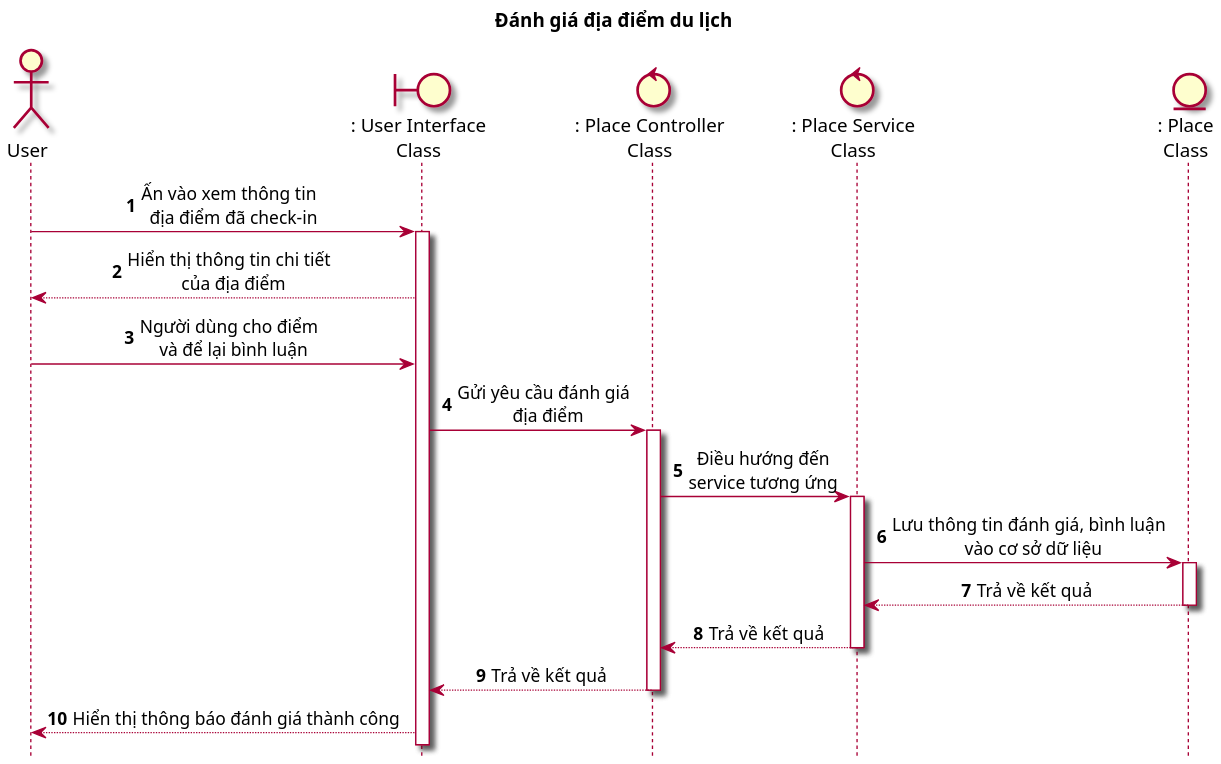
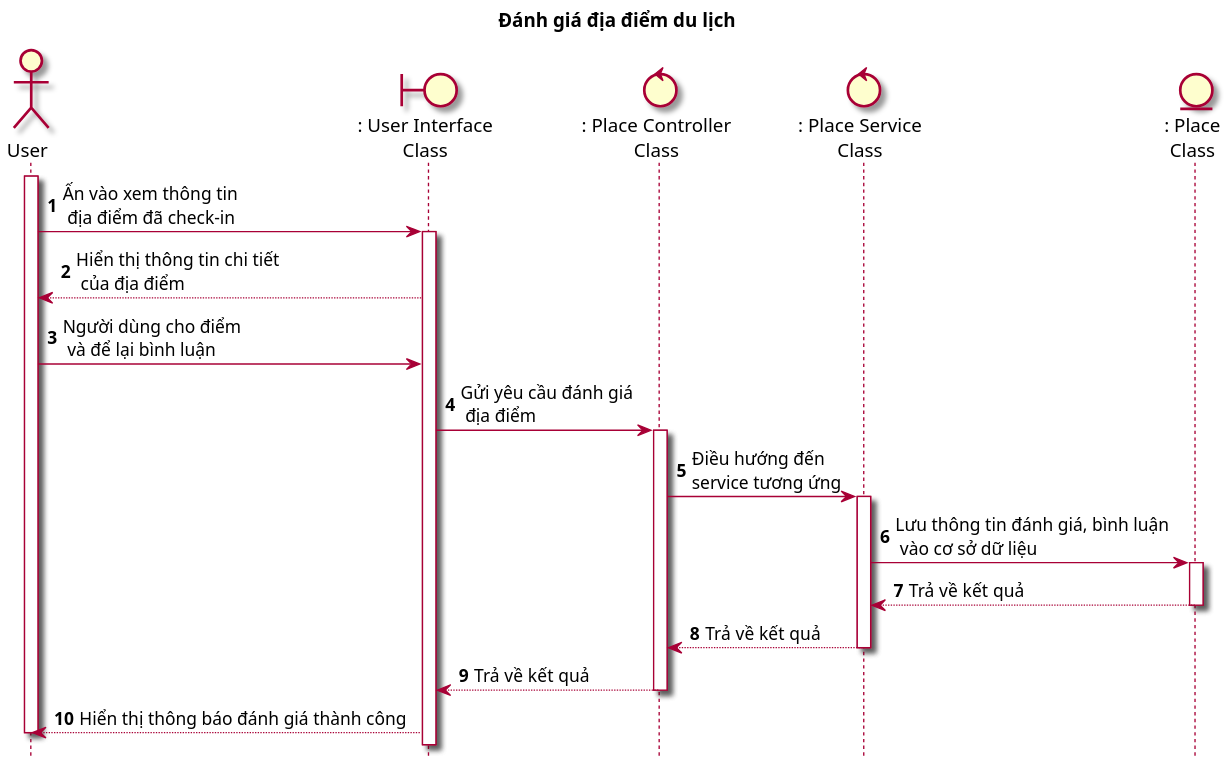
Before and after one commit to Griselda4774/WanderFun_Diagram: the diagram in Sequence/SEQ16_RatingPlace.puml, drawn with PlantUML. The commit also changed 16 other files, not shown here.

Commit message:
Reformatting all Seq Diagram

```diff
--- a/Sequence/SEQ16_RatingPlace.puml
+++ b/Sequence/SEQ16_RatingPlace.puml
@@ -1,32 +1,33 @@
 @startuml RatingPlace
 
     title Đánh giá địa điểm du lịch
 
     skin rose
     scale 2
-    skinparam sequenceMessageAlign center
     hide footbox
 
     actor User as user
     boundary ": User Interface\nClass" as ui
     control ": Place Controller\nClass" as pc
     control ": Place Service\nClass" as ps
     entity ": Place\nClass" as p
 
     autonumber
 
+    user++
     user -> ui++ : Ấn vào xem thông tin \n địa điểm đã check-in
     ui --> user : Hiển thị thông tin chi tiết \n của địa điểm
     user -> ui : Người dùng cho điểm \n và để lại bình luận
     ui -> pc++ : Gửi yêu cầu đánh giá \n địa điểm
     pc -> ps++ : Điều hướng đến\nservice tương ứng
     ps -> p++ : Lưu thông tin đánh giá, bình luận \n vào cơ sở dữ liệu
     p --> ps : Trả về kết quả
     p --
     ps --> pc : Trả về kết quả
     ps --
     pc --> ui : Trả về kết quả
     pc --
     ui --> user : Hiển thị thông báo đánh giá thành công
+    user--
 
 @enduml
```
